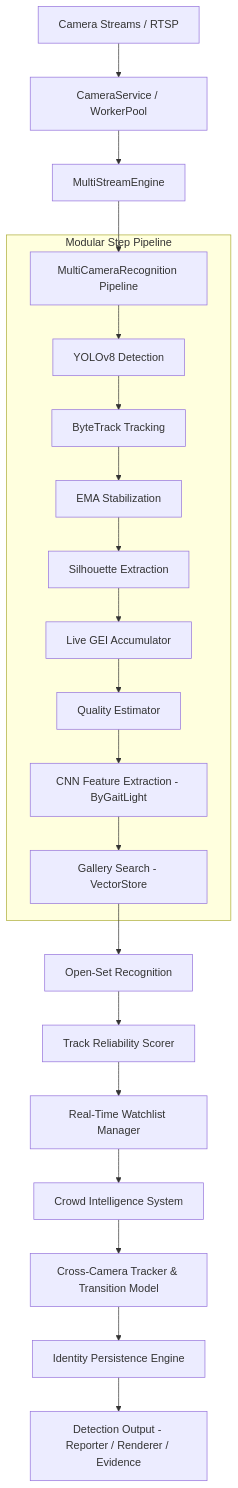
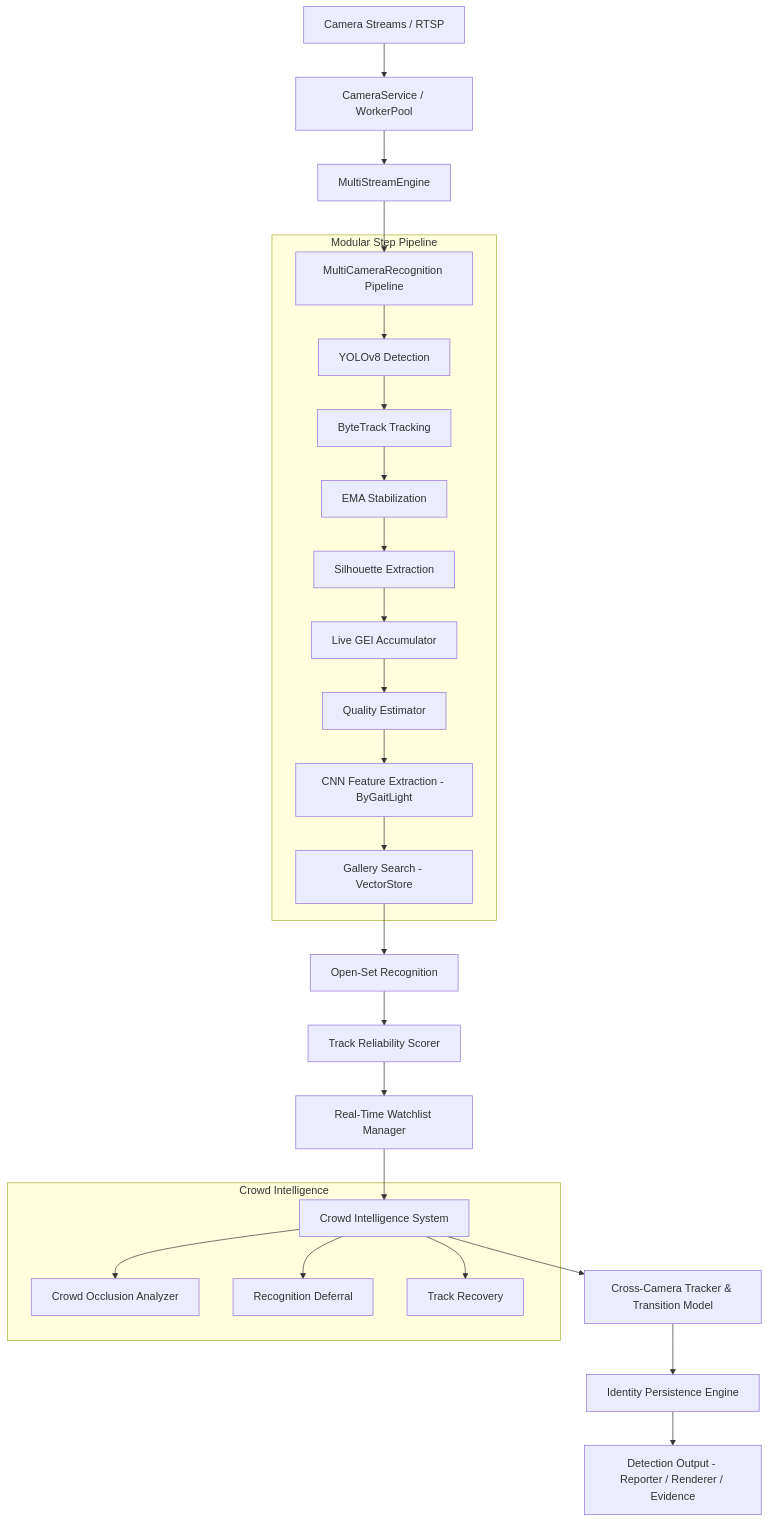
Before and after one commit to chanuka8/argus-gait-recognition: the diagram in README.md, drawn with Mermaid. The commit also changed other lines of this file, not shown here.

````diff
--- a/README.md
+++ b/README.md
@@ -84,25 +86,32 @@
 ```mermaid
 graph TD
     RTSP[Camera Streams / RTSP] --> CS[CameraService / WorkerPool]
     CS --> MSE[MultiStreamEngine]
     MSE --> MCR[MultiCameraRecognition Pipeline]
     
     subgraph Modular Step Pipeline
         MCR --> DET[YOLOv8 Detection]
         DET --> TRK[ByteTrack Tracking]
         TRK --> EMA[EMA Stabilization]
         EMA --> SIL[Silhouette Extraction]
         SIL --> GEI[Live GEI Accumulator]
         GEI --> QUA[Quality Estimator]
         QUA --> FEA[CNN Feature Extraction - ByGaitLight]
         FEA --> MAT[Gallery Search - VectorStore]
     end
 
     MAT --> OSR[Open-Set Recognition]
     OSR --> TRS[Track Reliability Scorer]
     TRS --> WLM[Real-Time Watchlist Manager]
     WLM --> CIS[Crowd Intelligence System]
+    
+    subgraph Crowd Intelligence
+        CIS --> COA[Crowd Occlusion Analyzer]
+        CIS --> RDE[Recognition Deferral]
+        CIS --> TRM[Track Recovery]
+    end
+
     CIS --> CCT[Cross-Camera Tracker & Transition Model]
     CCT --> IDP[Identity Persistence Engine]
     IDP --> REP[Detection Output - Reporter / Renderer / Evidence]
 ```
````
